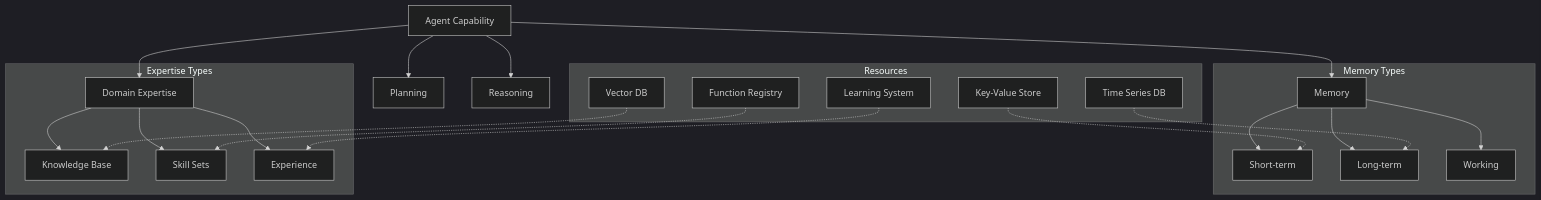
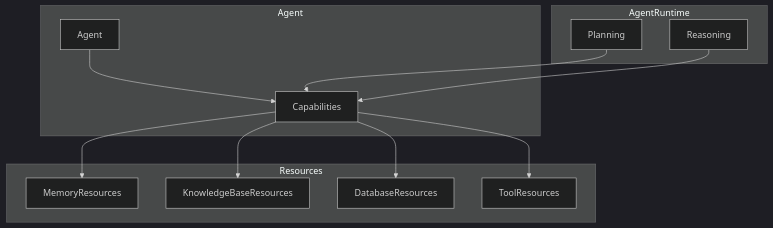
One commit to aitomatic/dana changed the diagram in opendxa/agent/capability/README.md. Above: the diagram before and after it, drawn with Mermaid (dark theme). The commit also changed other lines of this file and 26 other files, not shown here.

First line of the commit message:
Refactor OpenDXA architecture and enhance documentation

````diff
--- a/opendxa/agent/capability/README.md
+++ b/opendxa/agent/capability/README.md
@@ -21,27 +21,23 @@
 ```mermaid
 graph TB
-    A[Agent Capability] --> B[Memory]
-    A --> C[Domain Expertise]
-    A --> D[Planning]
-    A --> E[Reasoning]
-    
-    subgraph "Memory Types"
-        B --> F[Short-term]
-        B --> G[Long-term]
-        B --> H[Working]
+    subgraph "Agent"
+        A[Agent] --> C[Capabilities]
     end
-    
-    subgraph "Expertise Types"
-        C --> I[Knowledge Base]
-        C --> J[Skill Sets]
-        C --> K[Experience]
+
+    subgraph "Resources"
+        R1[MemoryResources]
+        R2[KnowledgeBaseResources]
+        R3[DatabaseResources]
+        R4[ToolResources]
     end
-    
-    subgraph "Resources"
-        L[Vector DB] -.-> I
-        M[Key-Value Store] -.-> F
-        N[Time Series DB] -.-> G
-        O[Function Registry] -.-> J
-        P[Learning System] -.-> K
+
+    subgraph "AgentRuntime"
+        P[Planning] --> C
+        R[Reasoning] --> C
     end
+
+    C --> R1
+    C --> R2
+    C --> R3
+    C --> R4
 ```
````
